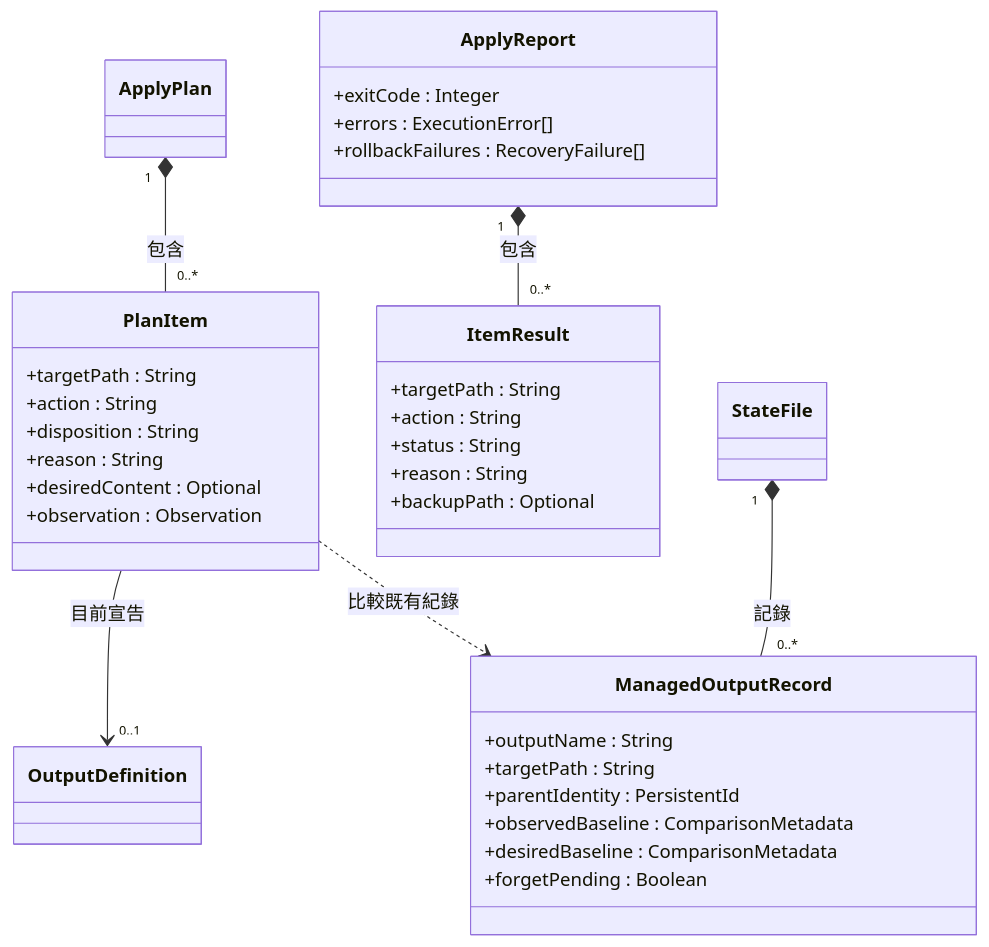
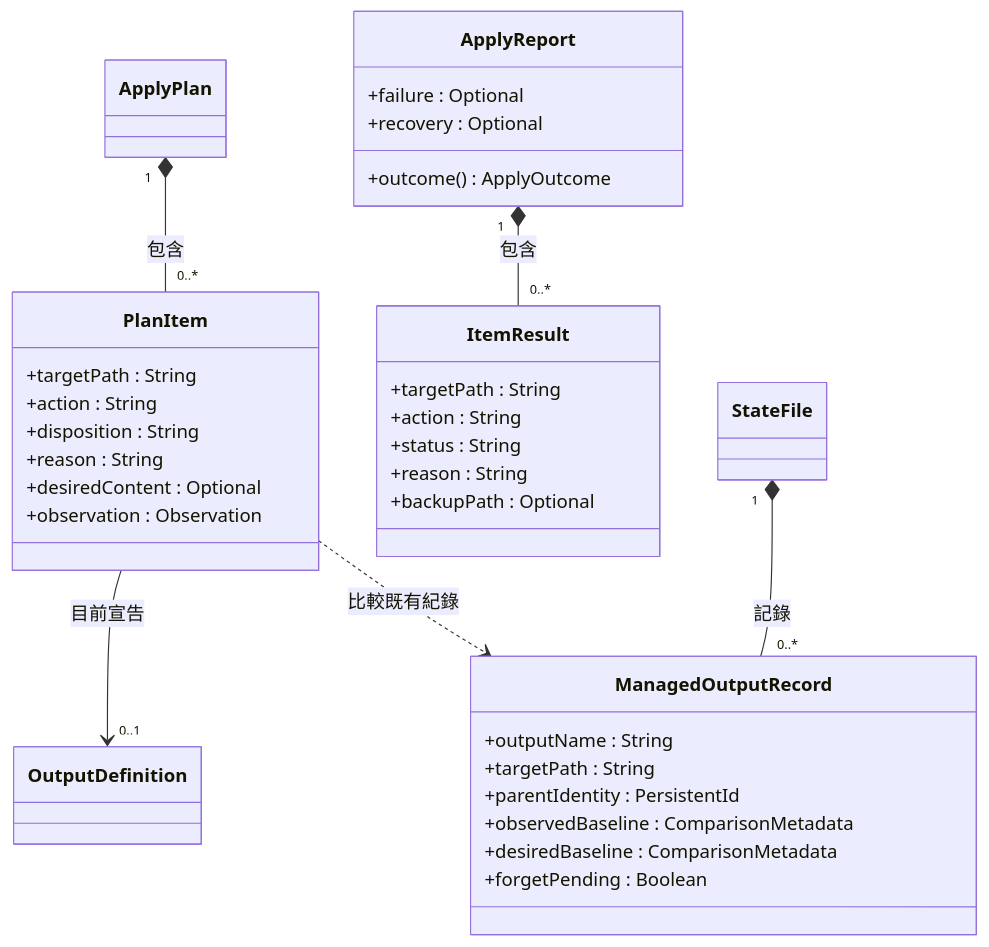
One commit to accidental-two-timer-sam-woof/rosamta-waterfall changed the third of 10 diagrams in docs/03-preliminary-design/uml.md. Above: the diagram before and after it, drawn with Mermaid. The commit also changed other lines of this file, not shown here.

Commit message:
docs(uml): align preliminary design flows

````diff
--- a/docs/03-preliminary-design/uml.md
+++ b/docs/03-preliminary-design/uml.md
@@ -176,40 +182,40 @@
 ```mermaid
 classDiagram
     direction TB
     class ApplyPlan
     class PlanItem {
         +targetPath : String
         +action : String
         +disposition : String
         +reason : String
         +desiredContent : Optional
         +observation : Observation
     }
     class ApplyReport {
-        +exitCode : Integer
-        +errors : ExecutionError[]
-        +rollbackFailures : RecoveryFailure[]
+        +failure : Optional
+        +recovery : Optional
+        +outcome() ApplyOutcome
     }
     class ItemResult {
         +targetPath : String
         +action : String
         +status : String
         +reason : String
         +backupPath : Optional
     }
     class StateFile
     class ManagedOutputRecord {
         +outputName : String
         +targetPath : String
         +parentIdentity : PersistentId
         +observedBaseline : ComparisonMetadata
         +desiredBaseline : ComparisonMetadata
         +forgetPending : Boolean
     }
     class OutputDefinition
     ApplyPlan "1" *-- "0..*" PlanItem : 包含
     ApplyReport "1" *-- "0..*" ItemResult : 包含
     StateFile "1" *-- "0..*" ManagedOutputRecord : 記錄
     PlanItem --> "0..1" OutputDefinition : 目前宣告
     PlanItem ..> ManagedOutputRecord : 比較既有紀錄
 ```
````
